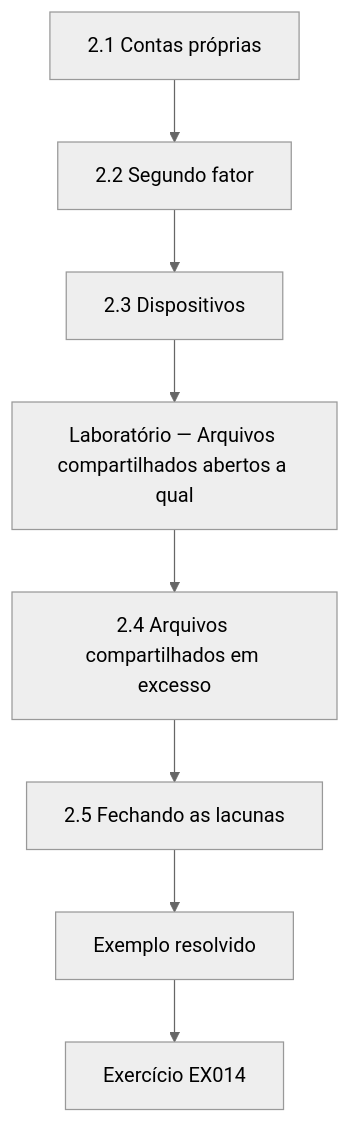
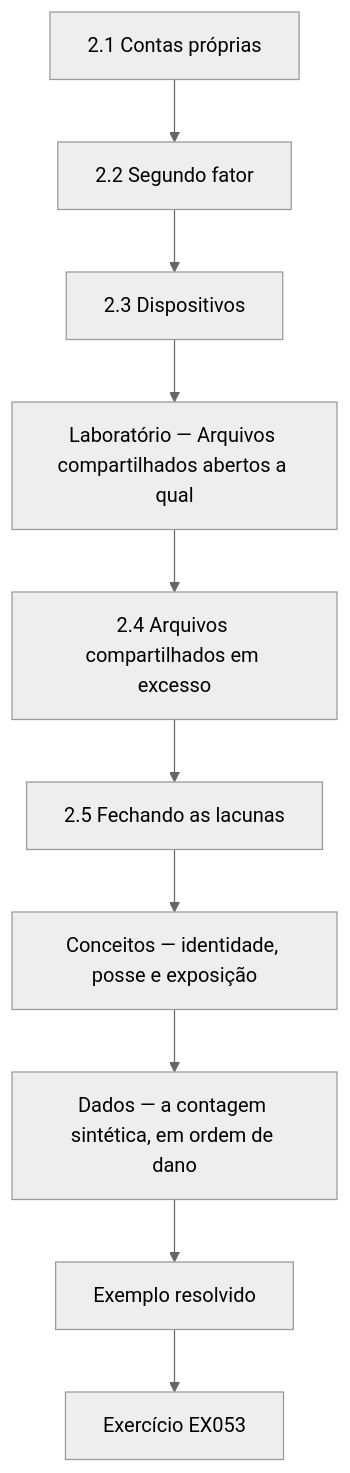
Before and after one commit to hiagokinlevi/CyKin: the fourth of 12 diagrams in levels/rapid-1-month/information-security/pt/book/MANUSCRIPT.md, drawn with Mermaid (neutral theme). The commit also changed other lines of this file and 1 other file, not shown here.

````diff
--- a/levels/rapid-1-month/information-security/pt/book/MANUSCRIPT.md
+++ b/levels/rapid-1-month/information-security/pt/book/MANUSCRIPT.md
@@ -169,12 +238,14 @@
 ```mermaid
 flowchart TD
   N0["2.1 Contas próprias"]
   N1["2.2 Segundo fator"]
   N2["2.3 Dispositivos"]
   N3["Laboratório — Arquivos compartilhados abertos a qual"]
   N4["2.4 Arquivos compartilhados em excesso"]
   N5["2.5 Fechando as lacunas"]
-  N0 --> N1 --> N2 --> N3 --> N4 --> N5
-  N5 --> EX["Exemplo resolvido"]
-  EX --> Q["Exercício EX014"]
+  N6["Conceitos — identidade, posse e exposição"]
+  N7["Dados — a contagem sintética, em ordem de dano"]
+  N0 --> N1 --> N2 --> N3 --> N4 --> N5 --> N6 --> N7
+  N7 --> EX["Exemplo resolvido"]
+  EX --> Q["Exercício EX053"]
 ```
````
